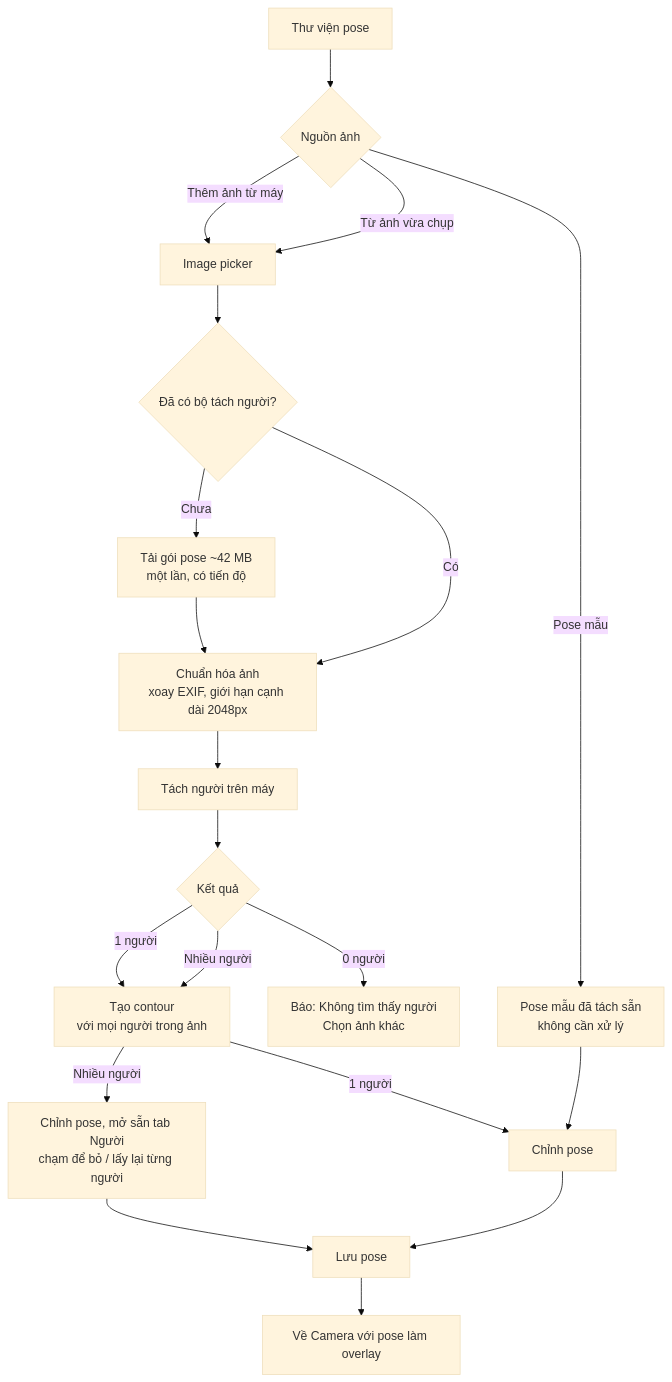
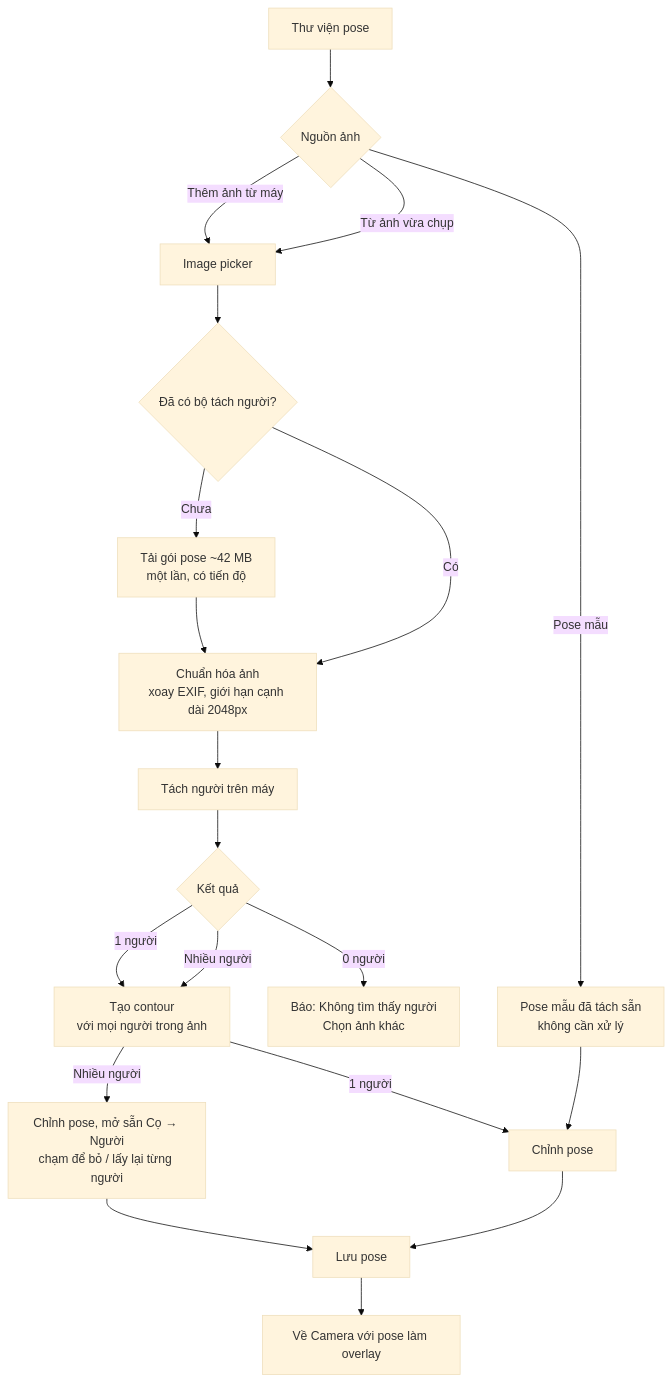
The third of 7 diagrams in docs/business-flow.md (tktnq2004/TakeASnap), drawn with Mermaid (base theme) before and after one commit. The commit also changed other lines of this file and 9 other files, not shown here.

First line of the commit message:
fix(editor): chọn người là chế độ Người trong Cọ, không phải tab riêng

````diff
--- a/docs/business-flow.md
+++ b/docs/business-flow.md
@@ -156,22 +156,22 @@
 ```mermaid
 flowchart TD
     A[Thư viện pose] --> B{Nguồn ảnh}
     B -- "Thêm ảnh từ máy" --> P[Image picker]
     B -- "Pose mẫu" --> S[Pose mẫu đã tách sẵn<br/>không cần xử lý]
     B -- "Từ ảnh vừa chụp" --> P
     P --> DL{Đã có bộ tách người?}
     DL -- "Chưa" --> DLG[Tải gói pose ~42 MB<br/>một lần, có tiến độ]
     DLG --> Q
     DL -- "Có" --> Q[Chuẩn hóa ảnh<br/>xoay EXIF, giới hạn cạnh dài 2048px]
     Q --> R[Tách người trên máy]
     R --> D{Kết quả}
     D -- "0 người" --> E1[Báo: Không tìm thấy người<br/>Chọn ảnh khác]
     D -- "1 người" --> CT[Tạo contour<br/>với mọi người trong ảnh]
     D -- "Nhiều người" --> CT
     CT -- "1 người" --> ED[Chỉnh pose]
-    CT -- "Nhiều người" --> EDP[Chỉnh pose, mở sẵn tab Người<br/>chạm để bỏ / lấy lại từng người]
+    CT -- "Nhiều người" --> EDP[Chỉnh pose, mở sẵn Cọ → Người<br/>chạm để bỏ / lấy lại từng người]
     EDP --> SV
     S --> ED
     ED --> SV[Lưu pose]
     SV --> CAM[Về Camera với pose làm overlay]
 ```
````
